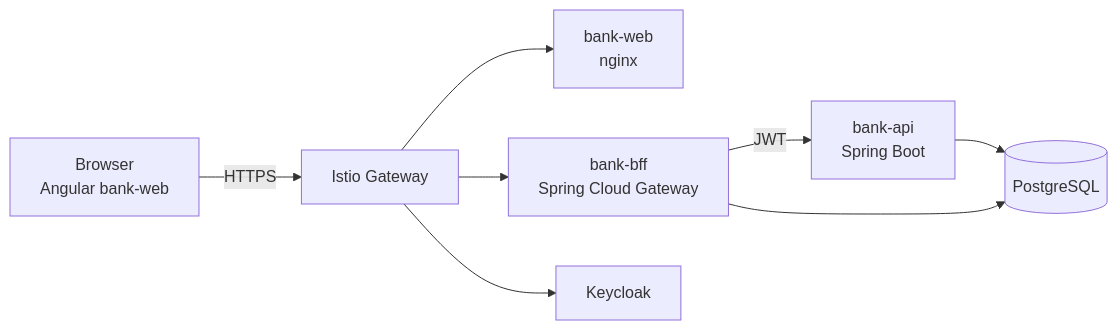
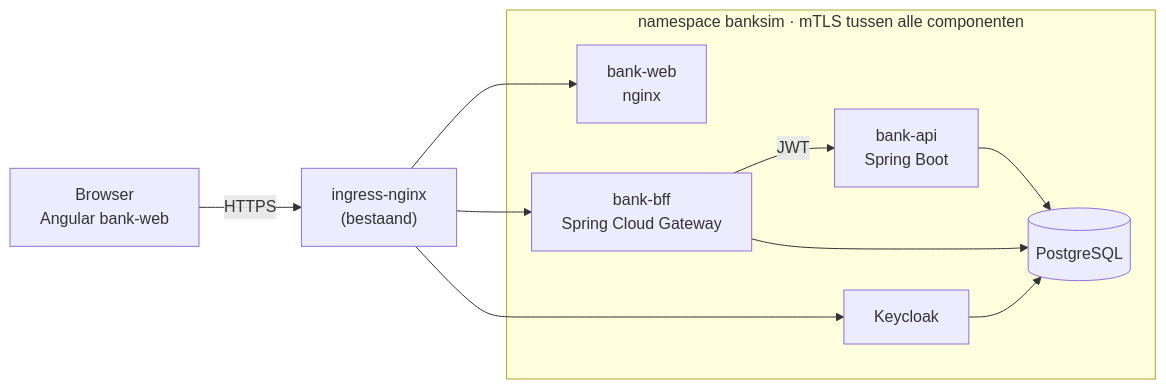
Before and after one commit to edwinbulter/banksim: the diagram in README.md, drawn with Mermaid. The commit also changed other lines of this file and 1 other file, not shown here.

First line of the commit message:
[ECS-62] Install BankSim in namespace of existing single-node cluster

````diff
--- a/README.md
+++ b/README.md
@@ -27,10 +27,18 @@
 ```mermaid
 flowchart LR
-    Browser["Browser<br/>Angular bank-web"] -->|HTTPS| GW["Istio Gateway"]
-    GW --> WEB["bank-web<br/>nginx"]
-    GW --> BFF["bank-bff<br/>Spring Cloud Gateway"]
-    GW --> KC["Keycloak"]
-    BFF -->|JWT| API["bank-api<br/>Spring Boot"]
-    API --> PG[("PostgreSQL")]
+    Browser["Browser<br/>Angular bank-web"] -->|HTTPS| GW["ingress-nginx<br/>(bestaand)"]
+    subgraph ns["namespace banksim · mTLS tussen alle componenten"]
+        WEB["bank-web<br/>nginx"]
+        BFF["bank-bff<br/>Spring Cloud Gateway"]
+        API["bank-api<br/>Spring Boot"]
+        KC["Keycloak"]
+        PG[("PostgreSQL")]
+    end
+    GW --> WEB
+    GW --> BFF
+    GW --> KC
+    BFF -->|JWT| API
+    API --> PG
     BFF --> PG
+    KC --> PG
 ```
````
